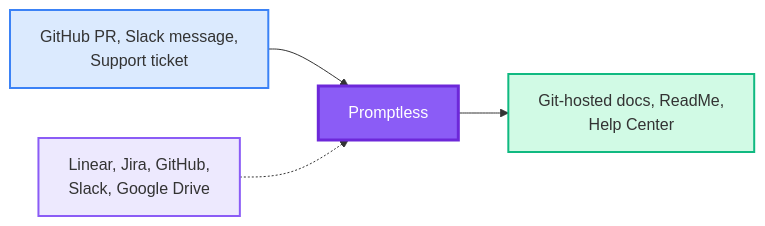
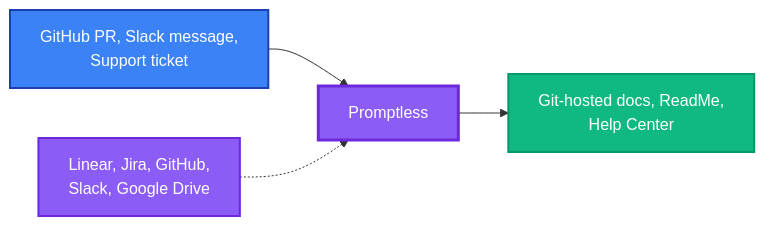
One commit to Promptless/docs changed the diagram in fern/docs/index.mdx. Above: the diagram before and after it, drawn with Mermaid.

Commit message:
Documentation updates from Promptless

````diff
--- a/fern/docs/index.mdx
+++ b/fern/docs/index.mdx
@@ -26,16 +26,16 @@
 ```mermaid
 graph LR
     TRIGGERS["GitHub PR, Slack message,<br/>Support ticket"]
     CONTEXT["Linear, Jira, GitHub,<br/>Slack, Google Drive"]
     DOCS["Git-hosted docs, ReadMe,<br/>Help Center"]
     
     TRIGGERS --> PROMPTLESS
     PROMPTLESS["Promptless"]
     CONTEXT -.-> PROMPTLESS
     PROMPTLESS --> DOCS
     
-    style TRIGGERS fill:#dbeafe,stroke:#3b82f6,stroke-width:2px
-    style CONTEXT fill:#ede9fe,stroke:#8b5cf6,stroke-width:2px
-    style DOCS fill:#d1fae5,stroke:#10b981,stroke-width:2px
+    style TRIGGERS fill:#3b82f6,stroke:#1e40af,stroke-width:2px,color:#fff
+    style CONTEXT fill:#8b5cf6,stroke:#6d28d9,stroke-width:2px,color:#fff
+    style DOCS fill:#10b981,stroke:#059669,stroke-width:2px,color:#fff
     style PROMPTLESS fill:#8b5cf6,stroke:#6d28d9,stroke-width:3px,color:#fff
 ```
````
